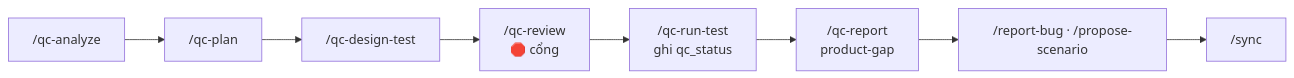
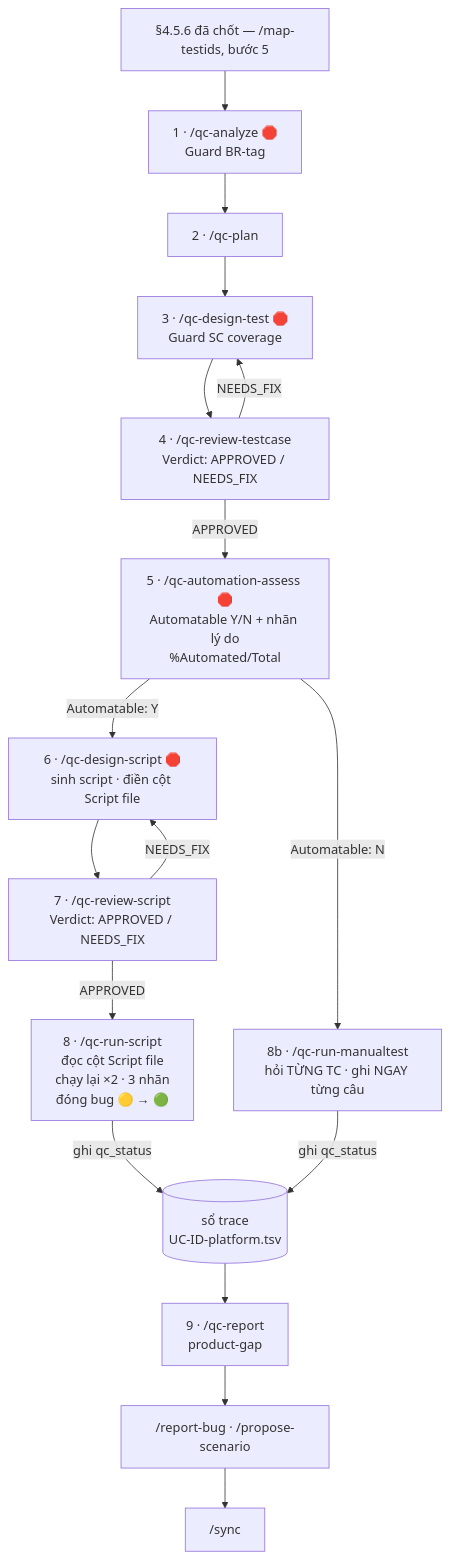
Before and after one commit to duclm2/sdd-guide: the diagram in 03-guides/tester-qa.md, drawn with Mermaid. The commit also changed other lines of this file and 35 other files, not shown here.

````diff
--- a/03-guides/tester-qa.md
+++ b/03-guides/tester-qa.md
@@ -11,7 +11,24 @@
 ```mermaid
-flowchart LR
-    A["/qc-analyze"] --> P["/qc-plan"] --> D["/qc-design-test"]
-    D --> R["/qc-review<br/>🛑 cổng"] --> RUN["/qc-run-test<br/>ghi qc_status"] --> REP["/qc-report<br/>product-gap"]
+flowchart TD
+    M["§4.5.6 đã chốt — /map-testids, bước 5"] --> A
+
+    A["1 · /qc-analyze 🛑<br/>Guard BR-tag"] --> P["2 · /qc-plan"]
+    P --> D["3 · /qc-design-test 🛑<br/>Guard SC coverage"]
+    D --> R["4 · /qc-review-testcase<br/>Verdict: APPROVED / NEEDS_FIX"]
+    R -- NEEDS_FIX --> D
+    R -- APPROVED --> AS["5 · /qc-automation-assess 🛑<br/>Automatable Y/N + nhãn lý do<br/>%Automated/Total"]
+
+    AS -- "Automatable: Y" --> DS["6 · /qc-design-script 🛑<br/>sinh script · điền cột Script file"]
+    AS -- "Automatable: N" --> MT["8b · /qc-run-manualtest<br/>hỏi TỪNG TC · ghi NGAY từng câu"]
+
+    DS --> RS["7 · /qc-review-script<br/>Verdict: APPROVED / NEEDS_FIX"]
+    RS -- NEEDS_FIX --> DS
+    RS -- APPROVED --> RUN["8 · /qc-run-script<br/>đọc cột Script file<br/>chạy lại ×2 · 3 nhãn<br/>đóng bug 🟡 → 🟢"]
+
+    RUN -- "ghi qc_status" --> TSV[("sổ trace<br/>UC-ID-platform.tsv")]
+    MT  -- "ghi qc_status" --> TSV
+    TSV --> REP["9 · /qc-report<br/>product-gap"]
+
     REP --> FB["/report-bug · /propose-scenario"]
     FB --> SYNC["/sync"]
 ```
````
